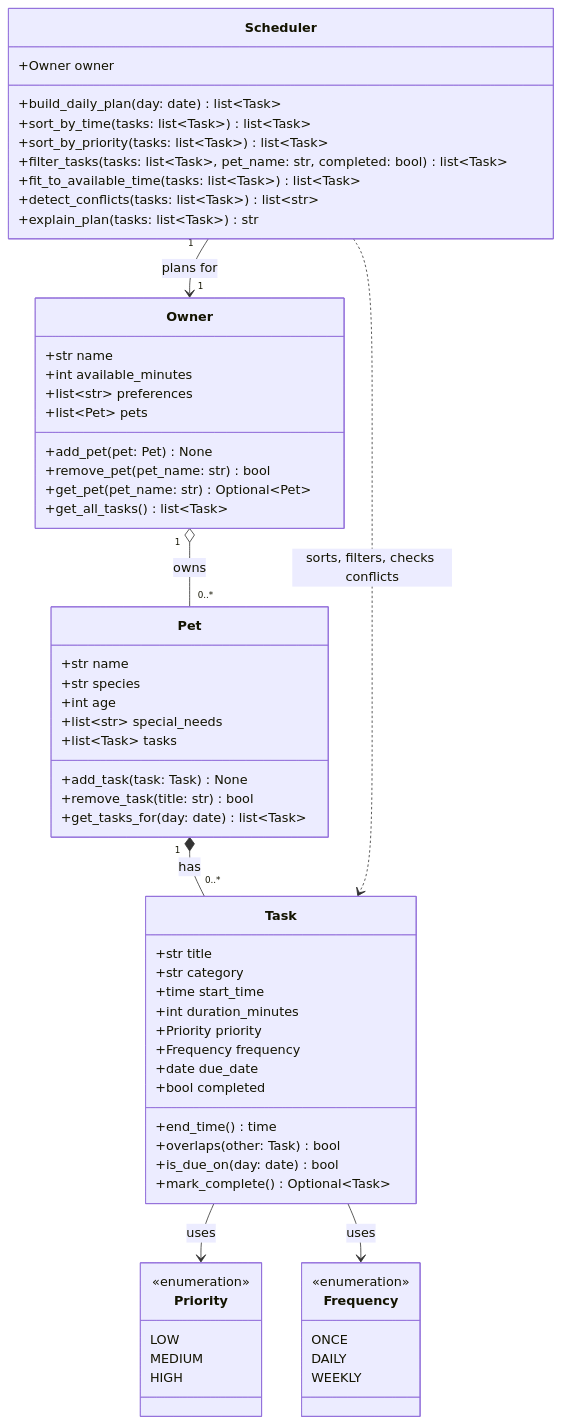
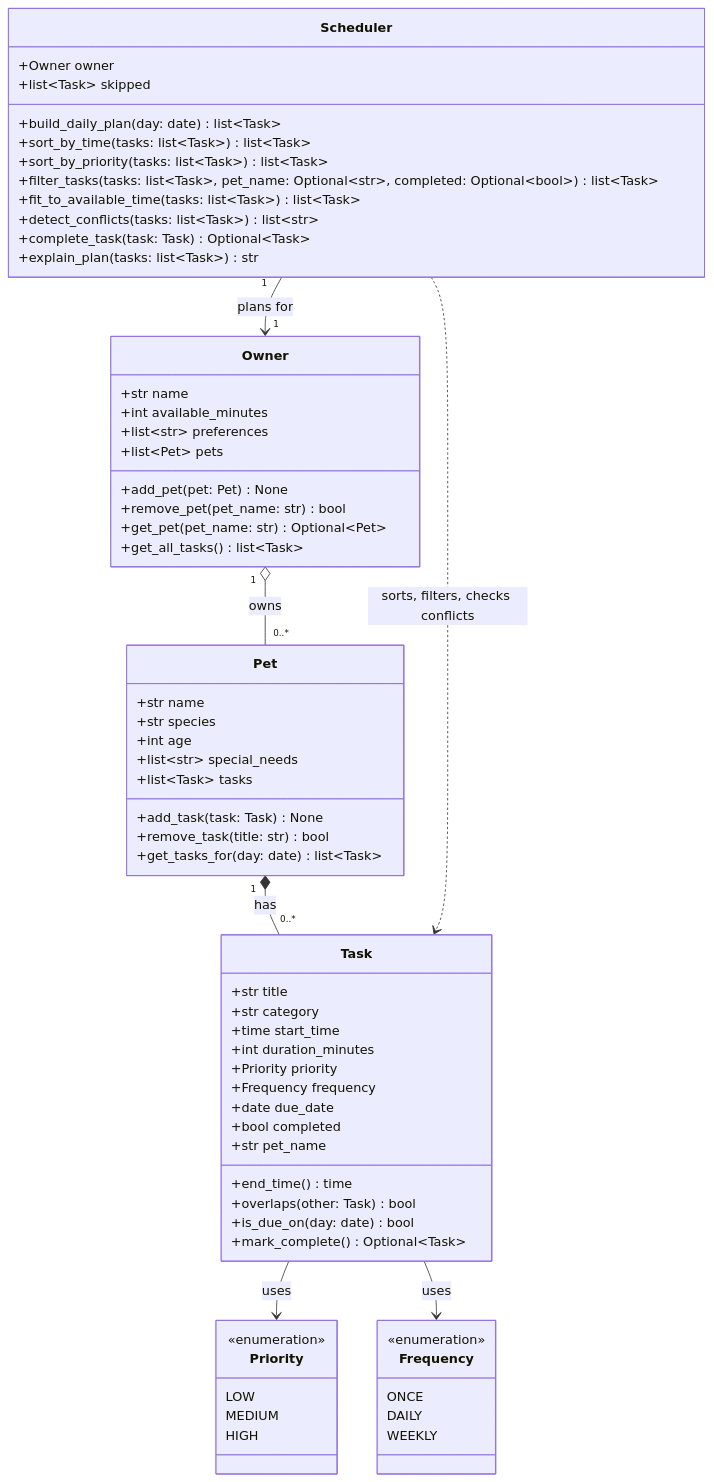
Before and after one commit to KhoiUna/ai110-module2show-pawpal-starter: the diagram in diagrams/uml.mmd, drawn with Mermaid.

Commit message:
modified:   diagrams/uml.mmd

```diff
--- a/diagrams/uml.mmd
+++ b/diagrams/uml.mmd
@@ -1,75 +1,78 @@
 classDiagram
     %% PawPal+ class design, based on the three core user actions:
     %%   1. Add a pet            -> Owner.add_pet(), Pet
     %%   2. Schedule a care task -> Pet.add_task(), Task
-    %%   3. View today's plan    -> Scheduler.build_daily_plan(), detect_conflicts(), Task.mark_complete()
+    %%   3. View today's plan    -> Scheduler.build_daily_plan(), detect_conflicts(), Scheduler.complete_task()
     %% Keep this file updated so it matches your final implementation.
 
     class Owner {
         +str name
         +int available_minutes
         +list~str~ preferences
         +list~Pet~ pets
         +add_pet(pet: Pet) None
         +remove_pet(pet_name: str) bool
         +get_pet(pet_name: str) Optional~Pet~
         +get_all_tasks() list~Task~
     }
 
     class Pet {
         +str name
         +str species
         +int age
         +list~str~ special_needs
         +list~Task~ tasks
         +add_task(task: Task) None
         +remove_task(title: str) bool
         +get_tasks_for(day: date) list~Task~
     }
 
     class Task {
         +str title
         +str category
         +time start_time
         +int duration_minutes
         +Priority priority
         +Frequency frequency
         +date due_date
         +bool completed
+        +str pet_name
         +end_time() time
         +overlaps(other: Task) bool
         +is_due_on(day: date) bool
         +mark_complete() Optional~Task~
     }
 
     class Scheduler {
         +Owner owner
+        +list~Task~ skipped
         +build_daily_plan(day: date) list~Task~
         +sort_by_time(tasks: list~Task~) list~Task~
         +sort_by_priority(tasks: list~Task~) list~Task~
-        +filter_tasks(tasks: list~Task~, pet_name: str, completed: bool) list~Task~
+        +filter_tasks(tasks: list~Task~, pet_name: Optional~str~, completed: Optional~bool~) list~Task~
         +fit_to_available_time(tasks: list~Task~) list~Task~
         +detect_conflicts(tasks: list~Task~) list~str~
+        +complete_task(task: Task) Optional~Task~
         +explain_plan(tasks: list~Task~) str
     }
 
     class Priority {
         <<enumeration>>
         LOW
         MEDIUM
         HIGH
     }
 
     class Frequency {
         <<enumeration>>
         ONCE
         DAILY
         WEEKLY
     }
 
     Owner "1" o-- "0..*" Pet : owns
     Pet "1" *-- "0..*" Task : has
     Scheduler "1" --> "1" Owner : plans for
     Scheduler ..> Task : sorts, filters, checks conflicts
     Task --> Priority : uses
     Task --> Frequency : uses
```
